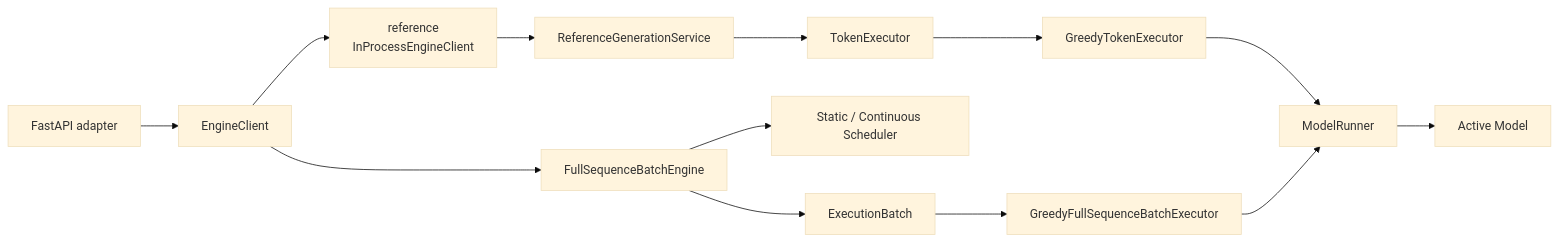
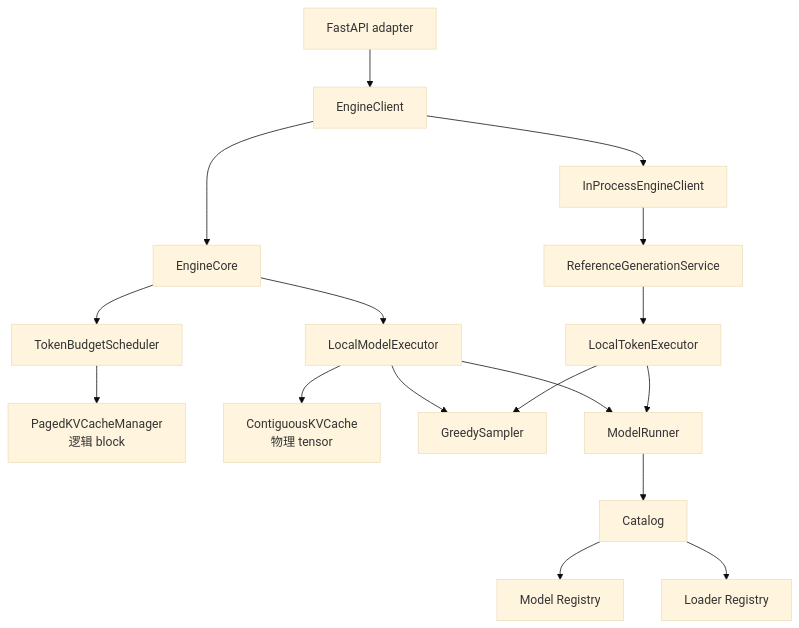
One commit to poorpaper/light-vllm changed the first of 3 diagrams in docs/design.md. Above: the diagram before and after it, drawn with Mermaid (base theme). The commit also changed other lines of this file and 57 other files, not shown here.

Commit message:
feat: add engine core and KV cache runtime

````diff
--- a/docs/design.md
+++ b/docs/design.md
@@ -329,15 +44,22 @@
 ```mermaid
-flowchart LR
+flowchart TB
     HTTP["FastAPI adapter"] --> Client["EngineClient"]
-    Client --> Local["reference<br/>InProcessEngineClient"]
-    Local --> Reference["ReferenceGenerationService"]
-    Reference --> Executor["TokenExecutor"]
-    Executor --> LocalExecutor["GreedyTokenExecutor"]
-    LocalExecutor --> Runner["ModelRunner"]
-    Client --> Batched["FullSequenceBatchEngine"]
-    Batched --> Scheduler["Static / Continuous Scheduler"]
-    Batched --> ExecutionBatch["ExecutionBatch"]
-    ExecutionBatch --> BatchExecutor["GreedyFullSequenceBatchExecutor"]
-    BatchExecutor --> Runner
-    Runner --> Model["Active Model"]
+
+    Client --> Core["EngineCore"]
+    Client --> Bridge["InProcessEngineClient"]
+    Bridge --> Reference["ReferenceGenerationService"]
+
+    Core --> Scheduler["TokenBudgetScheduler"]
+    Scheduler --> LogicalKV["PagedKVCacheManager<br/>逻辑 block"]
+    Core --> Executor["LocalModelExecutor"]
+    Executor --> TensorKV["ContiguousKVCache<br/>物理 tensor"]
+    Executor --> Sampler["GreedySampler"]
+    Reference --> TokenExecutor["LocalTokenExecutor"]
+    TokenExecutor --> Sampler
+
+    Executor --> Runner["ModelRunner"]
+    TokenExecutor --> Runner
+    Runner --> Catalog["Catalog"]
+    Catalog --> Models["Model Registry"]
+    Catalog --> Loaders["Loader Registry"]
 ```
````
